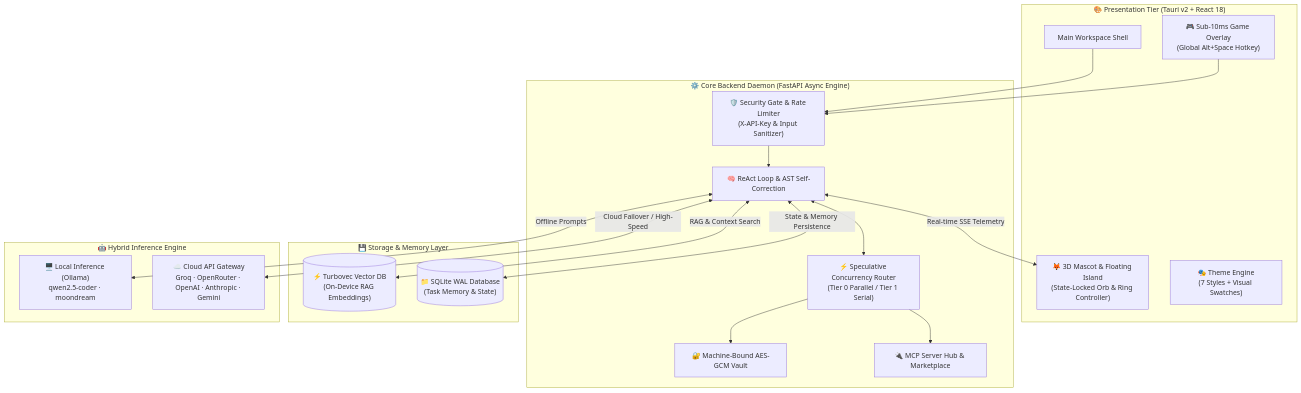
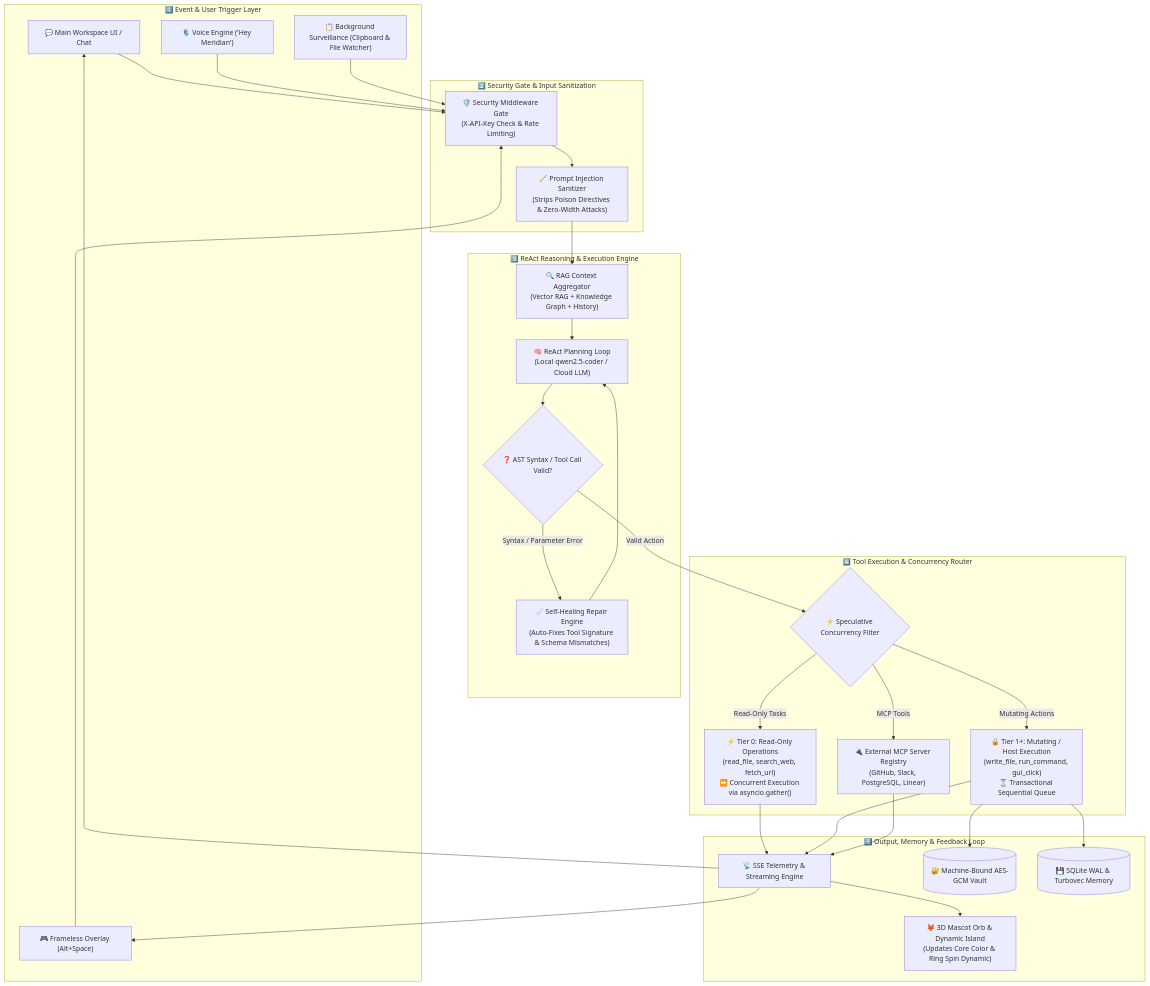
Before and after one commit to Aryan4132/Meridian-X: the diagram in README.md, drawn with Mermaid.

Commit message:
docs(readme): upgrade system architecture flowchart to show end-to-end user & agent workflow

````diff
--- a/README.md
+++ b/README.md
@@ -83,43 +83,62 @@
 ```mermaid
-flowchart TB
-    subgraph FE["🎨 Presentation Tier (Tauri v2 + React 18)"]
-        UI["Main Workspace Shell"]
-        Mascot["🦊 3D Mascot & Floating Island\n(State-Locked Orb & Ring Controller)"]
-        Themes["🎭 Theme Engine\n(7 Styles + Visual Swatches)"]
-        Overlay["🎮 Sub-10ms Game Overlay\n(Global Alt+Space Hotkey)"]
+flowchart TD
+    %% User Input Entrypoints
+    subgraph Trigger["1️⃣ Event & User Trigger Layer"]
+        U1["💬 Main Workspace UI / Chat"]
+        U2["🎮 Frameless Overlay (Alt+Space)"]
+        U3["🎙️ Voice Engine ('Hey Meridian')"]
+        U4["📋 Background Surveillance (Clipboard & File Watcher)"]
     end
 
-    subgraph BE["⚙️ Core Backend Daemon (FastAPI Async Engine)"]
-        Security["🛡️ Security Gate & Rate Limiter\n(X-API-Key & Input Sanitizer)"]
-        Agent["🧠 ReAct Loop & AST Self-Correction"]
-        Router["⚡ Speculative Concurrency Router\n(Tier 0 Parallel / Tier 1 Serial)"]
-        Vault["🔐 Machine-Bound AES-GCM Vault"]
-        MCP["🔌 MCP Server Hub & Marketplace"]
+    %% Security Gate
+    subgraph Security["2️⃣ Security Gate & Input Sanitization"]
+        Gate["🛡️ Security Middleware Gate\n(X-API-Key Check & Rate Limiting)"]
+        Sanitize["🧹 Prompt Injection Sanitizer\n(Strips Poison Directives & Zero-Width Attacks)"]
     end
 
-    subgraph DB["💾 Storage & Memory Layer"]
-        VectorDB[("⚡ Turbovec Vector DB\n(On-Device RAG Embeddings)")]
-        StateDB[("📁 SQLite WAL Database\n(Task Memory & State)")]
+    %% ReAct Engine & Context Retrieval
+    subgraph Core["3️⃣ ReAct Reasoning & Execution Engine"]
+        Context["🔍 RAG Context Aggregator\n(Vector RAG + Knowledge Graph + History)"]
+        Planner["🧠 ReAct Planning Loop\n(Local qwen2.5-coder / Cloud LLM)"]
+        SelfHeal{"❓ AST Syntax / Tool Call Valid?"}
+        Fixer["🩹 Self-Healing Repair Engine\n(Auto-Fixes Tool Signature & Schema Mismatches)"]
     end
 
-    subgraph LLM["🤖 Hybrid Inference Engine"]
-        LocalLLM["🖥️ Local Inference (Ollama)\nqwen2.5-coder · moondream"]
-        CloudLLM["☁️ Cloud API Gateway\nGroq · OpenRouter · OpenAI · Anthropic · Gemini"]
+    %% Execution & Routing
+    subgraph Execution["4️⃣ Tool Execution & Concurrency Router"]
+        Router{"⚡ Speculative Concurrency Filter"}
+        Tier0["⚡ Tier 0: Read-Only Operations\n(read_file, search_web, fetch_url)\n⏩ Concurrent Execution via asyncio.gather()"]
+        Tier1["🔒 Tier 1+: Mutating / Host Execution\n(write_file, run_command, gui_click)\n⏳ Transactional Sequential Queue"]
+        MCP["🔌 External MCP Server Registry\n(GitHub, Slack, PostgreSQL, Linear)"]
     end
 
-    UI --> Security
-    Overlay --> Security
-    Security --> Agent
+    %% Output & Telemetry
+    subgraph Output["5️⃣ Output, Memory & Feedback Loop"]
+        SSE["📡 SSE Telemetry & Streaming Engine"]
+        Mascot["🦊 3D Mascot Orb & Dynamic Island\n(Updates Core Color & Ring Spin Dynamic)"]
+        Vault[("🔐 Machine-Bound AES-GCM Vault")]
+        Memory[("💾 SQLite WAL & Turbovec Memory")]
+    end
 
-    Agent <-->|Real-time SSE Telemetry| Mascot
-    Agent <--> Router
+    %% Flow Connections
+    U1 & U2 & U3 & U4 --> Gate
+    Gate --> Sanitize
+    Sanitize --> Context
+    Context --> Planner
+    Planner --> SelfHeal
+    SelfHeal -- "Syntax / Parameter Error" --> Fixer
+    Fixer --> Planner
+    SelfHeal -- "Valid Action" --> Router
 
-    Router --> Vault
-    Router --> MCP
+    Router -- "Read-Only Tasks" --> Tier0
+    Router -- "Mutating Actions" --> Tier1
+    Router -- "MCP Tools" --> MCP
 
-    Agent <-->|RAG & Context Search| VectorDB
-    Agent <-->|State & Memory Persistence| StateDB
+    Tier0 & Tier1 & MCP --> SSE
+    Tier1 --> Vault
+    Tier1 --> Memory
 
-    Agent <-->|Offline Prompts| LocalLLM
-    Agent <-->|Cloud Failover / High-Speed| CloudLLM
+    SSE --> Mascot
+    SSE --> U1
+    SSE --> U2
 ```
````
